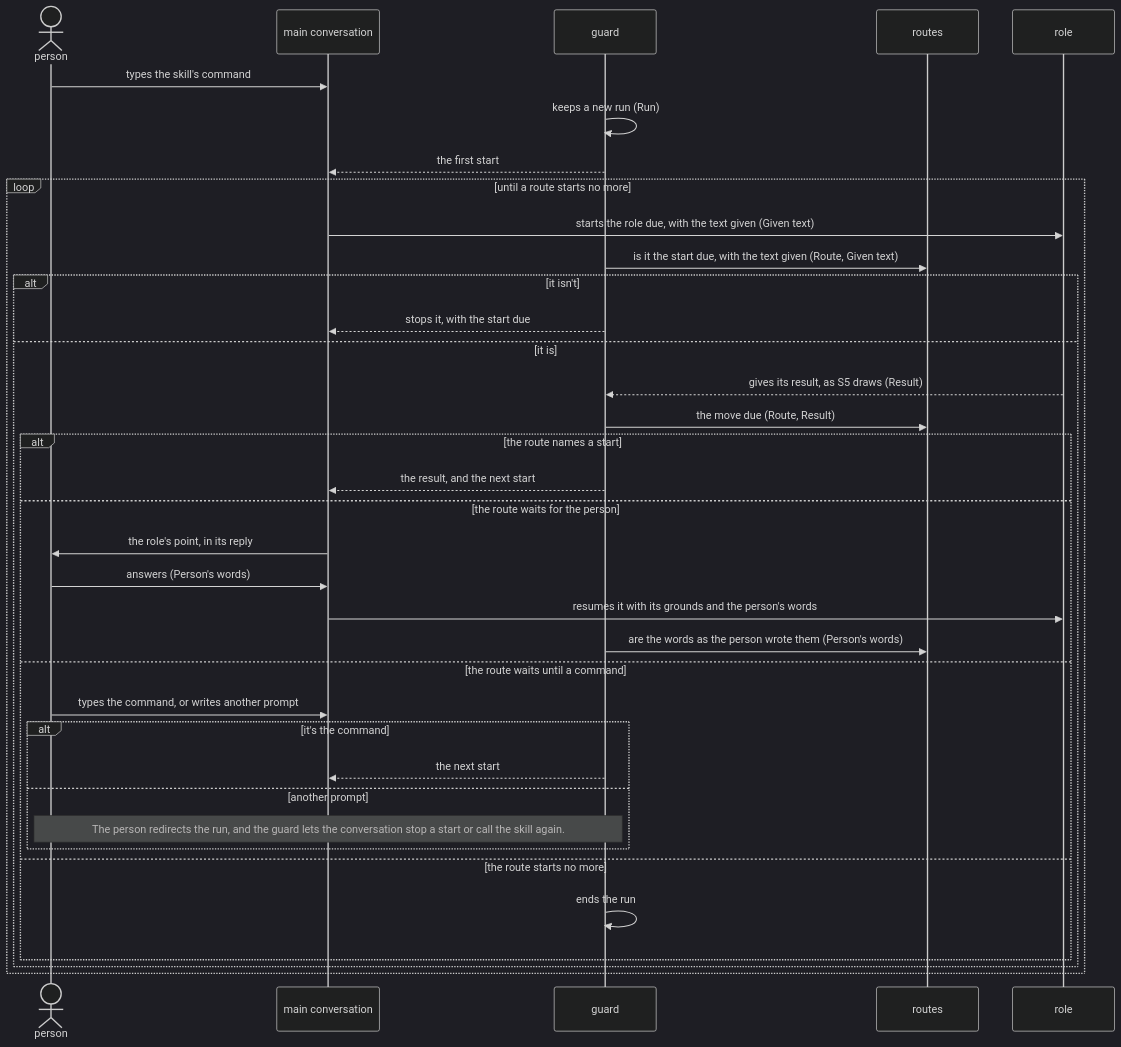
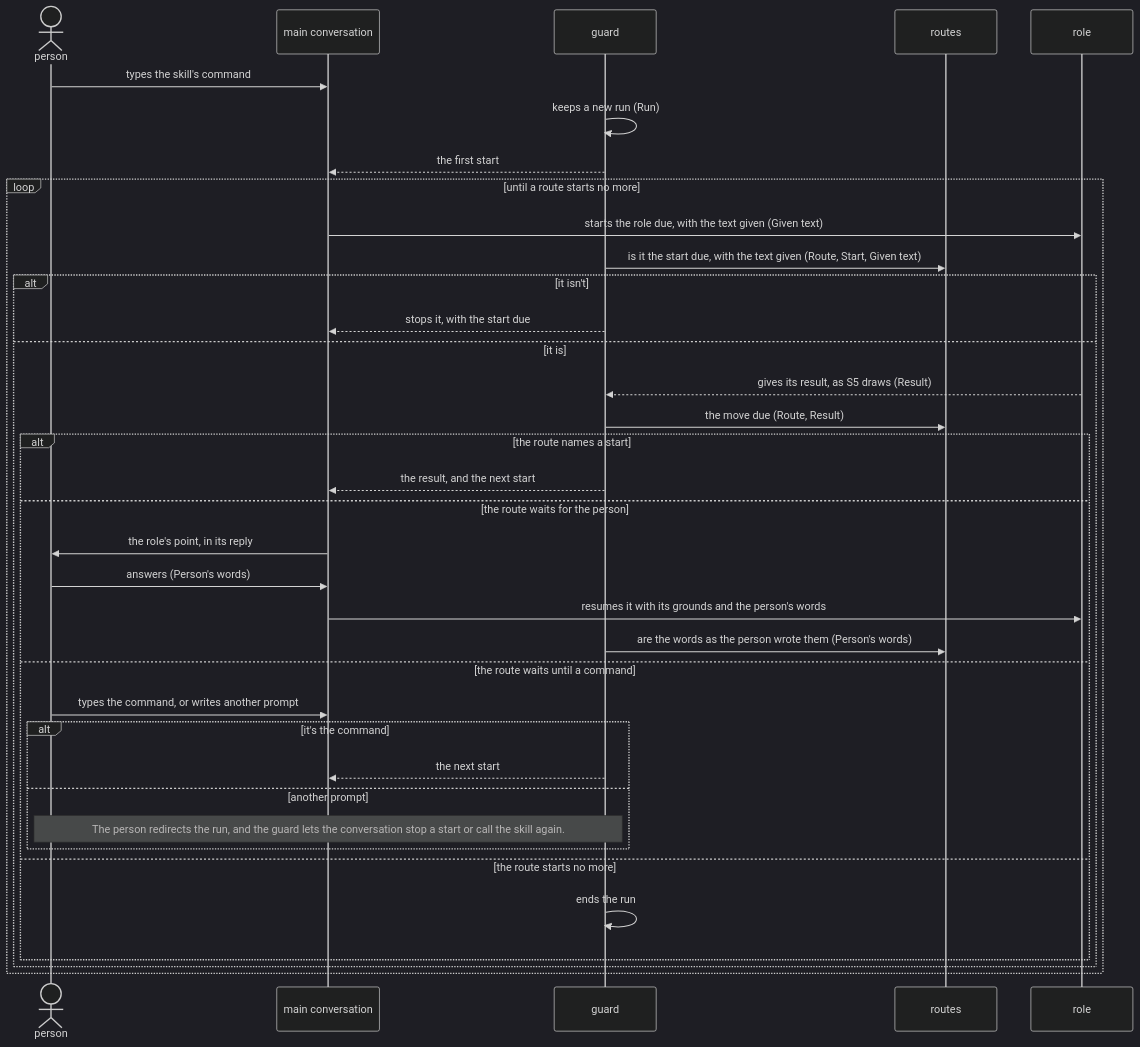
One commit to lovaizu/ccpm changed the third of 7 diagrams in dev/lane/architecture.md. Above: the diagram before and after it, drawn with Mermaid (dark theme). The commit also changed other lines of this file and 6 other files, not shown here.

````diff
--- a/dev/lane/architecture.md
+++ b/dev/lane/architecture.md
@@ -208,38 +212,38 @@
 ```mermaid
 sequenceDiagram
   actor P as person
   participant M as main conversation
   participant G as guard
   participant RT as routes
   participant R as role
   P->>M: types the skill's command
   G->>G: keeps a new run (Run)
   G-->>M: the first start
   loop until a route starts no more
     M->>R: starts the role due, with the text given (Given text)
-    G->>RT: is it the start due, with the text given (Route, Given text)
+    G->>RT: is it the start due, with the text given (Route, Start, Given text)
     alt it isn't
       G-->>M: stops it, with the start due
     else it is
       R-->>G: gives its result, as S5 draws (Result)
       G->>RT: the move due (Route, Result)
       alt the route names a start
         G-->>M: the result, and the next start
       else the route waits for the person
         M->>P: the role's point, in its reply
         P->>M: answers (Person's words)
         M->>R: resumes it with its grounds and the person's words
         G->>RT: are the words as the person wrote them (Person's words)
       else the route waits until a command
         P->>M: types the command, or writes another prompt
         alt it's the command
           G-->>M: the next start
         else another prompt
           Note over P,G: The person redirects the run, and the guard lets the conversation stop a start or call the skill again.
         end
       else the route starts no more
         G->>G: ends the run
       end
     end
   end
 ```
````
